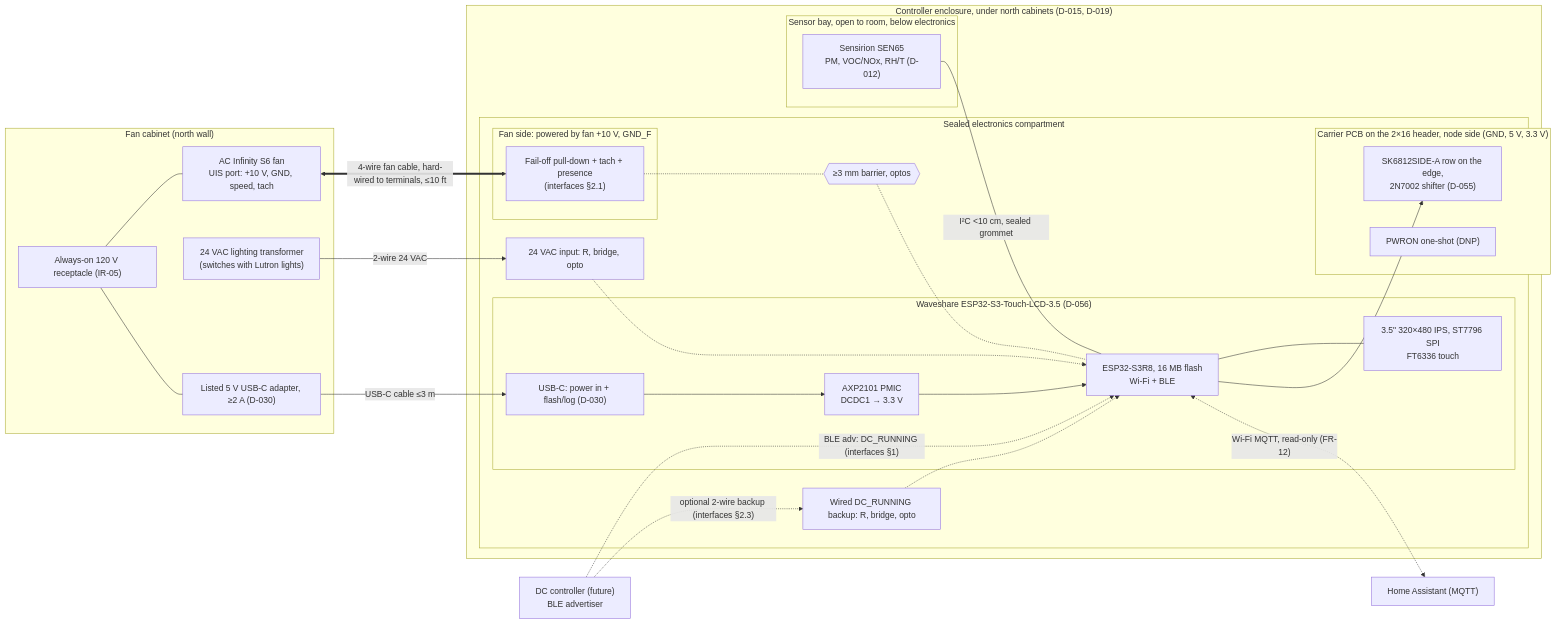
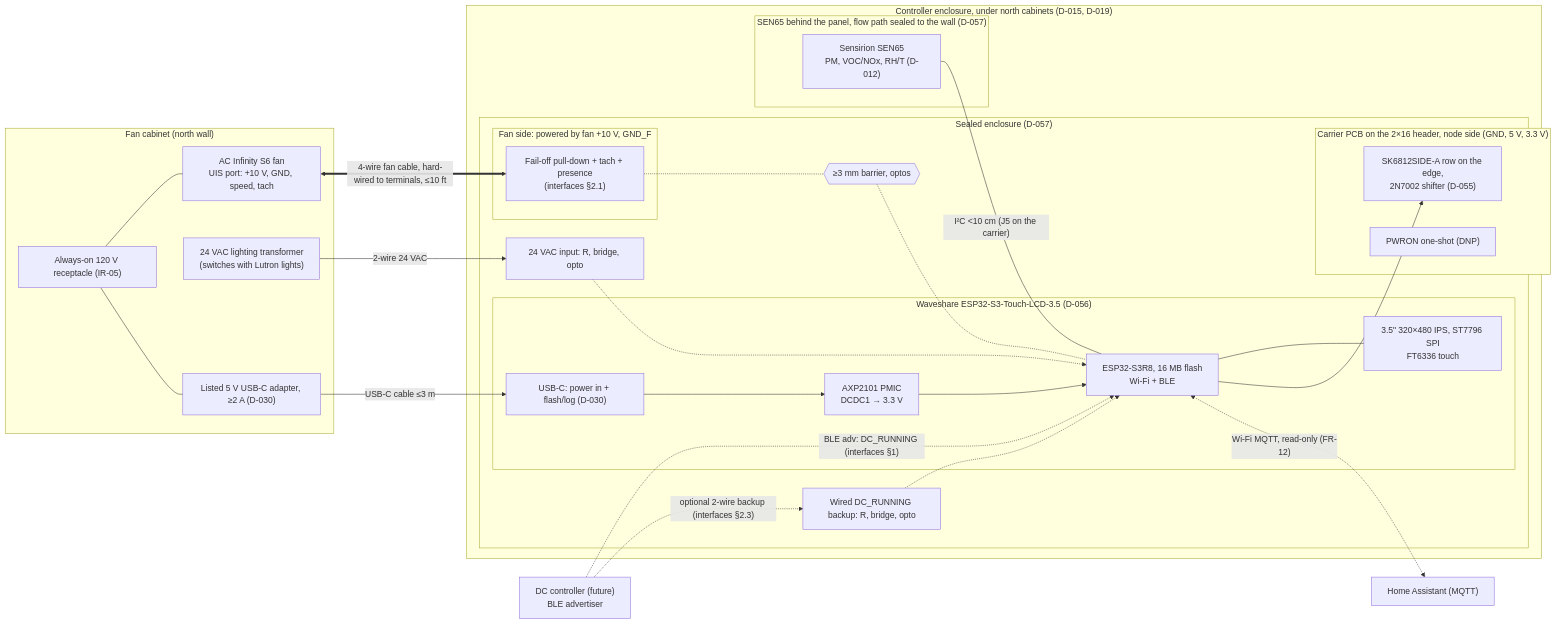
The diagram in docs/architecture.md (metcalf/shop-exhaust-control), drawn with Mermaid before and after one commit. The commit also changed other lines of this file and 5 other files, not shown here.

First line of the commit message:
Accept D-057: SEN65 inside the sealed enclosure, no hatch (Q-46)

````diff
--- a/docs/architecture.md
+++ b/docs/architecture.md
@@ -9,49 +9,49 @@
 ```mermaid
 flowchart LR
   subgraph CAB["Fan cabinet (north wall)"]
     REC["Always-on 120 V receptacle (IR-05)"]
     S6["AC Infinity S6 fan<br/>UIS port: +10 V, GND, speed, tach"]
     XFMR["24 VAC lighting transformer<br/>(switches with Lutron lights)"]
     PSU["Listed 5 V USB-C adapter, ≥2 A (D-030)"]
     REC --- S6
     REC --- PSU
   end
 
   subgraph ENC["Controller enclosure, under north cabinets (D-015, D-019)"]
-    subgraph EC["Sealed electronics compartment"]
+    subgraph EC["Sealed enclosure (D-057)"]
       subgraph FS["Fan side: powered by fan +10 V, GND_F"]
         FAN_IF["Fail-off pull-down + tach + presence<br/>(interfaces §2.1)"]
       end
       BAR1{{"≥3 mm barrier, optos"}}
       subgraph WS["Waveshare ESP32-S3-Touch-LCD-3.5 (D-056)"]
         MCU["ESP32-S3R8, 16 MB flash<br/>Wi-Fi + BLE"]
         PWR["AXP2101 PMIC<br/>DCDC1 → 3.3 V"]
         PANEL["3.5&quot; 320×480 IPS, ST7796 SPI<br/>FT6336 touch"]
         USB["USB-C: power in + flash/log (D-030)"]
       end
       subgraph CAR["Carrier PCB on the 2×16 header, node side (GND, 5 V, 3.3 V)"]
         LEDS["SK6812SIDE-A row on the edge,<br/>2N7002 shifter (D-055)"]
         POK["PWRON one-shot (DNP)"]
       end
       OCC_IF["24 VAC input: R, bridge, opto"]
       DC_IF["Wired DC_RUNNING backup: R, bridge, opto"]
     end
-    subgraph BAY["Sensor bay, open to room, below electronics"]
+    subgraph BAY["SEN65 behind the panel, flow path sealed to the wall (D-057)"]
       SEN["Sensirion SEN65<br/>PM, VOC/NOx, RH/T (D-012)"]
     end
   end
 
   DC["DC controller (future)<br/>BLE advertiser"]
   HA["Home Assistant (MQTT)"]
 
   S6 <== "4-wire fan cable, hard-wired to terminals, ≤10 ft" ==> FAN_IF
   FAN_IF -.- BAR1 -.- MCU
   XFMR -- "2-wire 24 VAC" --> OCC_IF -.-> MCU
   PSU -- "USB-C cable ≤3 m" --> USB --> PWR --> MCU
-  SEN -- "I²C <10 cm, sealed grommet" --- MCU
+  SEN -- "I²C <10 cm (J5 on the carrier)" --- MCU
   MCU --- PANEL
   MCU --> LEDS
   DC -. "BLE adv: DC_RUNNING (interfaces §1)" .-> MCU
   DC -. "optional 2-wire backup (interfaces §2.3)" .-> DC_IF -.-> MCU
   MCU <-. "Wi-Fi MQTT, read-only (FR-12)" .-> HA
 ```
````
